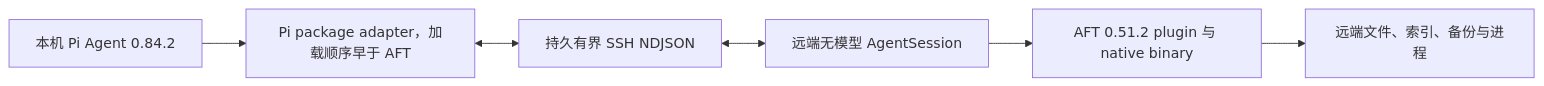
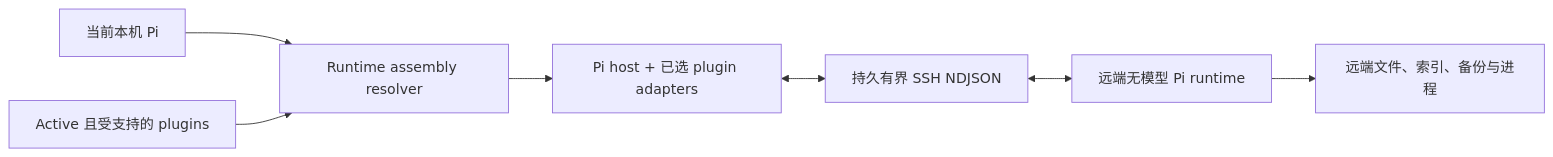
The diagram in packages/pi/README.zh-CN.md (fuyao66/omp-ssh-remote), drawn with Mermaid before and after one commit. The commit also changed other lines of this file and 33 other files, not shown here.

First line of the commit message:
refactor(pi): implement dynamic runtime assembly and update AFT adapter to 0.51.3

````diff
--- a/packages/pi/README.zh-CN.md
+++ b/packages/pi/README.zh-CN.md
@@ -20,8 +19,9 @@
 ```mermaid
 flowchart LR
-  Pi[本机 Pi Agent 0.84.2] --> Adapter[Pi package adapter，加载顺序早于 AFT]
-  Adapter <--> SSH[持久有界 SSH NDJSON]
-  SSH <--> Worker[远端无模型 AgentSession]
-  Worker --> AFT[AFT 0.51.2 plugin 与 native binary]
-  AFT --> Workspace[远端文件、索引、备份与进程]
+  Pi[当前本机 Pi] --> Resolver[Runtime assembly resolver]
+  Plugins[Active 且受支持的 plugins] --> Resolver
+  Resolver --> Assembly[Pi host + 已选 plugin adapters]
+  Assembly <--> SSH[持久有界 SSH NDJSON]
+  SSH <--> Worker[远端无模型 Pi runtime]
+  Worker --> Workspace[远端文件、索引、备份与进程]
 ```
````
